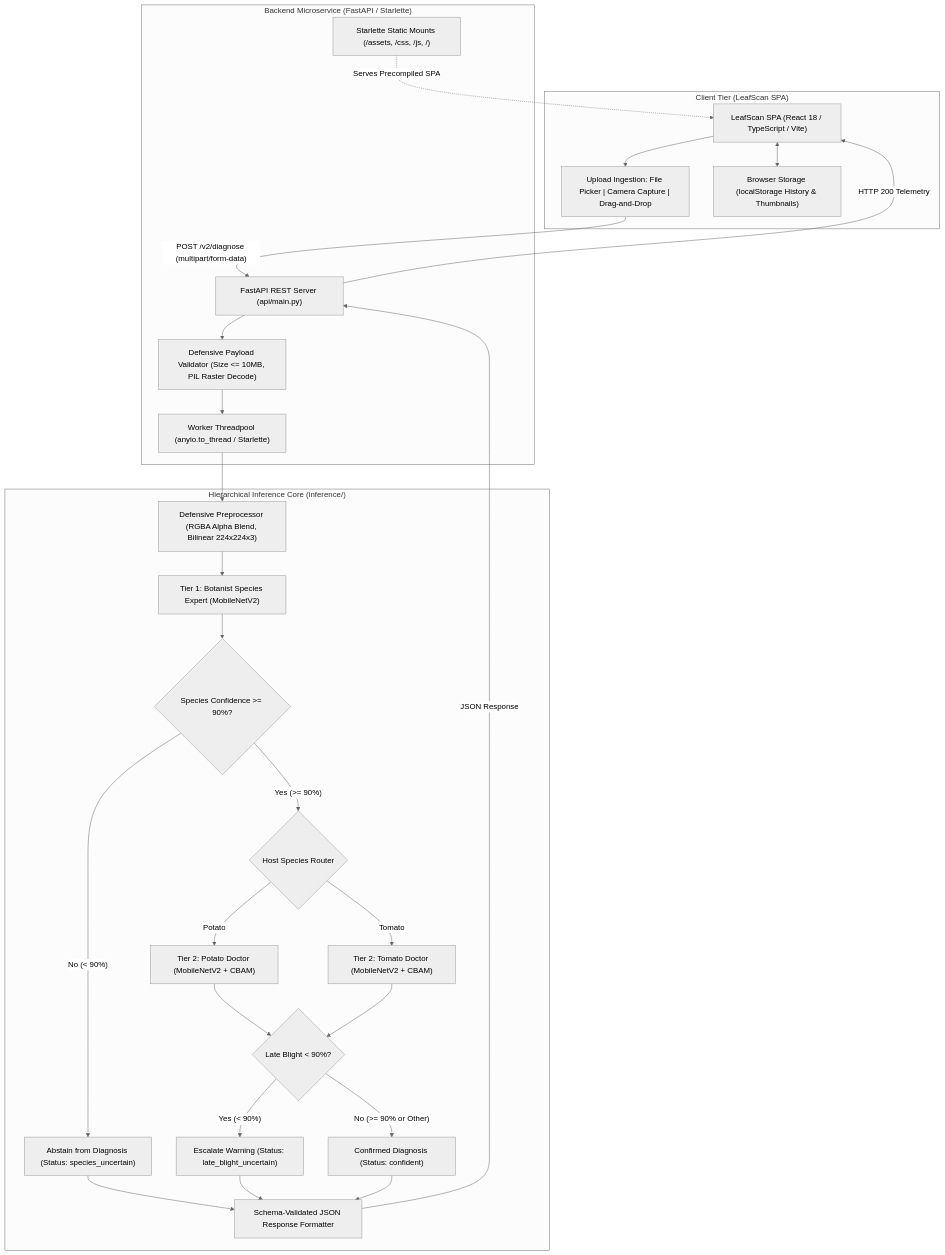
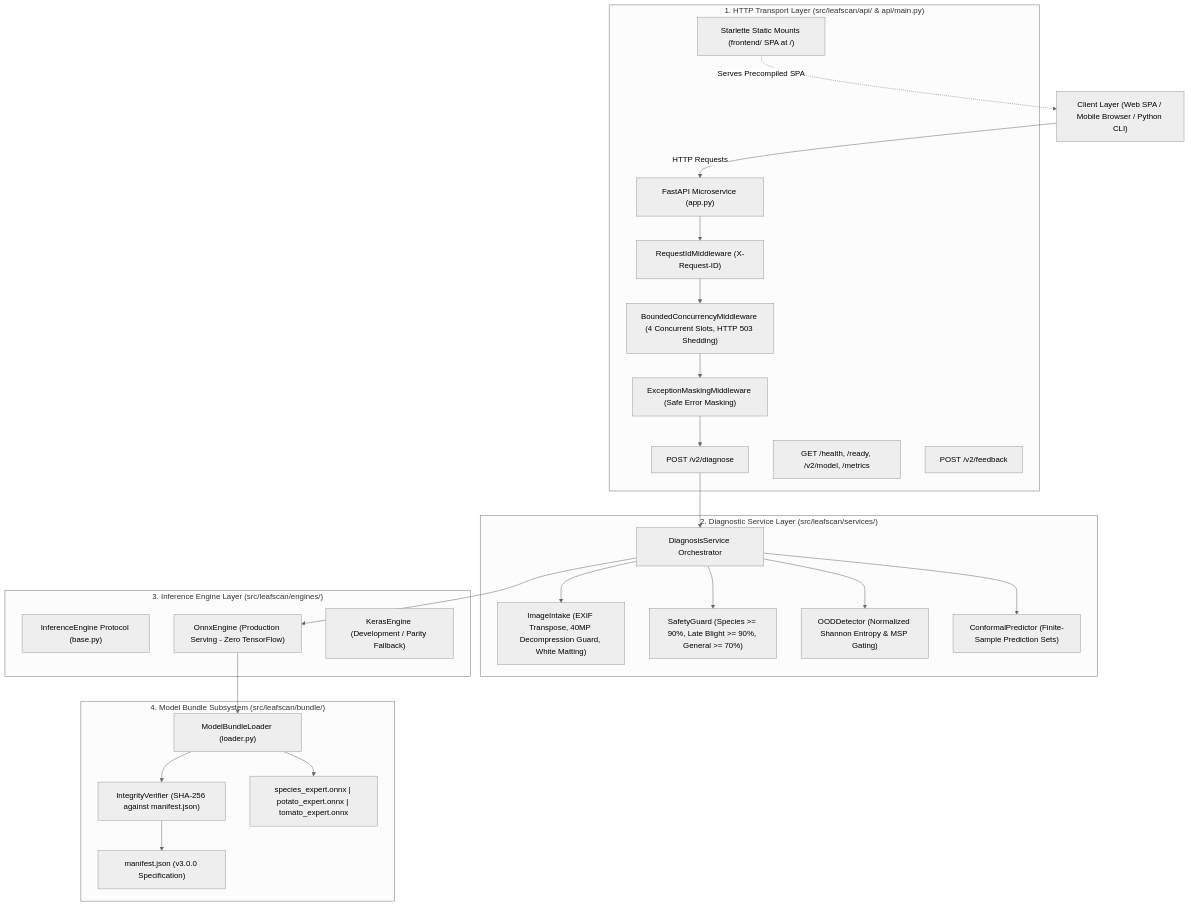
Before and after one commit to ranitadhikari2023/plant-disease-detection: the diagram in README.md, drawn with Mermaid (neutral theme). The commit also changed other lines of this file and 128 other files, not shown here.

Commit message:
feat(v3): clean project structure, integrate LeafScan V3 production engine, and update documentation

````diff
--- a/README.md
+++ b/README.md
@@ -108,54 +79,50 @@
 ```mermaid
 flowchart TD
-    subgraph Client["Client Tier (LeafScan SPA)"]
-        UI["LeafScan SPA (React 18 / TypeScript / Vite)"]
-        Upload["Upload Ingestion: File Picker | Camera Capture | Drag-and-Drop"]
-        History["Browser Storage (localStorage History & Thumbnails)"]
-        UI --> Upload
-        UI <--> History
+    Client["Client Layer (Web SPA / Mobile Browser / Python CLI)"]
+
+    subgraph TransportLayer ["1. HTTP Transport Layer (src/leafscan/api/ & api/main.py)"]
+        FastAPIApp["FastAPI Microservice (app.py)"]
+        MW_ReqId["RequestIdMiddleware (X-Request-ID)"]
+        MW_Conc["BoundedConcurrencyMiddleware (4 Concurrent Slots, HTTP 503 Shedding)"]
+        MW_Mask["ExceptionMaskingMiddleware (Safe Error Masking)"]
+        Route_Diag["POST /v2/diagnose"]
+        Route_Health["GET /health, /ready, /v2/model, /metrics"]
+        Route_Feed["POST /v2/feedback"]
+        Static["Starlette Static Mounts (frontend/ SPA at /)"]
     end
 
-    subgraph Backend["Backend Microservice (FastAPI / Starlette)"]
-        API["FastAPI REST Server (api/main.py)"]
-        Static["Starlette Static Mounts (/assets, /css, /js, /)"]
-        Val["Defensive Payload Validator (Size <= 10MB, PIL Raster Decode)"]
-        Pool["Worker Threadpool (anyio.to_thread / Starlette)"]
-        
-        Upload -->|"POST /v2/diagnose (multipart/form-data)"| API
-        Static -.->|"Serves Precompiled SPA"| UI
-        API --> Val
-        Val --> Pool
+    subgraph ServiceLayer ["2. Diagnostic Service Layer (src/leafscan/services/)"]
+        DiagService["DiagnosisService Orchestrator"]
+        Intake["ImageIntake (EXIF Transpose, 40MP Decompression Guard, White Matting)"]
+        Guard["SafetyGuard (Species >= 90%, Late Blight >= 90%, General >= 70%)"]
+        OOD["OODDetector (Normalized Shannon Entropy & MSP Gating)"]
+        Conformal["ConformalPredictor (Finite-Sample Prediction Sets)"]
     end
 
-    subgraph ML["Hierarchical Inference Core (inference/)"]
-        Pre["Defensive Preprocessor (RGBA Alpha Blend, Bilinear 224x224x3)"]
-        T1["Tier 1: Botanist Species Expert (MobileNetV2)"]
-        G1{"Species Confidence >= 90%?"}
-        Abstain["Abstain from Diagnosis (Status: species_uncertain)"]
-        Router{"Host Species Router"}
-        T2P["Tier 2: Potato Doctor (MobileNetV2 + CBAM)"]
-        T2T["Tier 2: Tomato Doctor (MobileNetV2 + CBAM)"]
-        G2{"Late Blight < 90%?"}
-        Escalate["Escalate Warning (Status: late_blight_uncertain)"]
-        Confident["Confirmed Diagnosis (Status: confident)"]
-        Resp["Schema-Validated JSON Response Formatter"]
-
-        Pool --> Pre
-        Pre --> T1
-        T1 --> G1
-        G1 -- "No (< 90%)" --> Abstain
-        G1 -- "Yes (>= 90%)" --> Router
-        Router -- "Potato" --> T2P
-        Router -- "Tomato" --> T2T
-        T2P --> G2
-        T2T --> G2
-        G2 -- "Yes (< 90%)" --> Escalate
-        G2 -- "No (>= 90% or Other)" --> Confident
-        Abstain --> Resp
-        Escalate --> Resp
-        Confident --> Resp
+    subgraph EngineLayer ["3. Inference Engine Layer (src/leafscan/engines/)"]
+        Protocol["InferenceEngine Protocol (base.py)"]
+        ONNXEngine["OnnxEngine (Production Serving - Zero TensorFlow)"]
+        KerasEngine["KerasEngine (Development / Parity Fallback)"]
     end
 
-    Resp -->|"JSON Response"| API
-    API -->|"HTTP 200 Telemetry"| UI
+    subgraph BundleLayer ["4. Model Bundle Subsystem (src/leafscan/bundle/)"]
+        Loader["ModelBundleLoader (loader.py)"]
+        Verifier["IntegrityVerifier (SHA-256 against manifest.json)"]
+        Manifest["manifest.json (v3.0.0 Specification)"]
+        Models["species_expert.onnx | potato_expert.onnx | tomato_expert.onnx"]
+    end
+
+    Client -->|"HTTP Requests"| FastAPIApp
+    FastAPIApp --> MW_ReqId --> MW_Conc --> MW_Mask
+    MW_Mask --> Route_Diag
+    Route_Diag --> DiagService
+    DiagService --> Intake
+    DiagService --> ONNXEngine
+    ONNXEngine --> Loader
+    Loader --> Verifier --> Manifest
+    Loader --> Models
+    DiagService --> Guard
+    DiagService --> OOD
+    DiagService --> Conformal
+    Static -.->|"Serves Precompiled SPA"| Client
 ```
````
